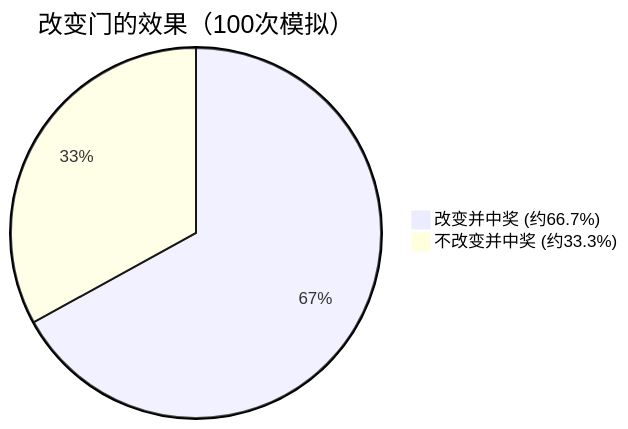
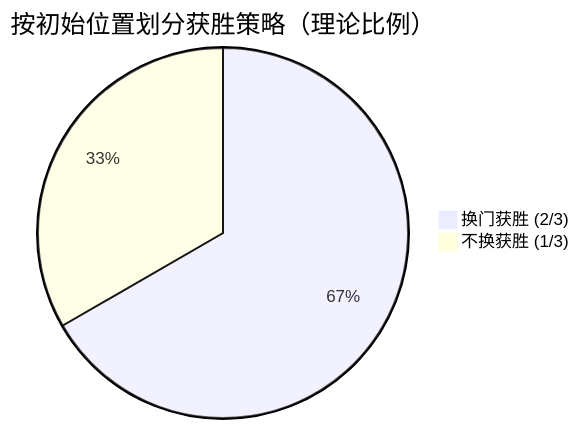
One commit to kenjinote/blog changed the second of 2 diagrams in content/post/モンティ・ホール問題/index.zh-cn.md. Above: the diagram before and after it, drawn with Mermaid. The commit also changed other lines of this file and 8 other files, not shown here.

````diff
--- a/content/post/モンティ・ホール問題/index.zh-cn.md
+++ b/content/post/モンティ・ホール問題/index.zh-cn.md
@@ -161,5 +195,5 @@
 ```mermaid
-pie title 改变门的效果（100次模拟）
-    "改变并中奖 (约66.7%)" : 67
-    "不改变并中奖 (约33.3%)" : 33
+pie title 按初始位置划分获胜策略（理论比例）
+    "换门获胜 (2/3)" : 2
+    "不换获胜 (1/3)" : 1
 ```
````
